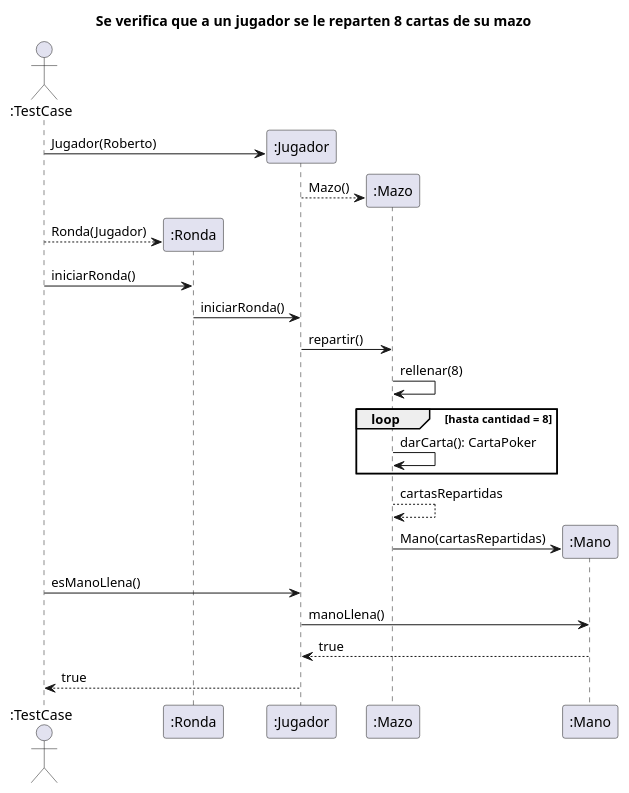
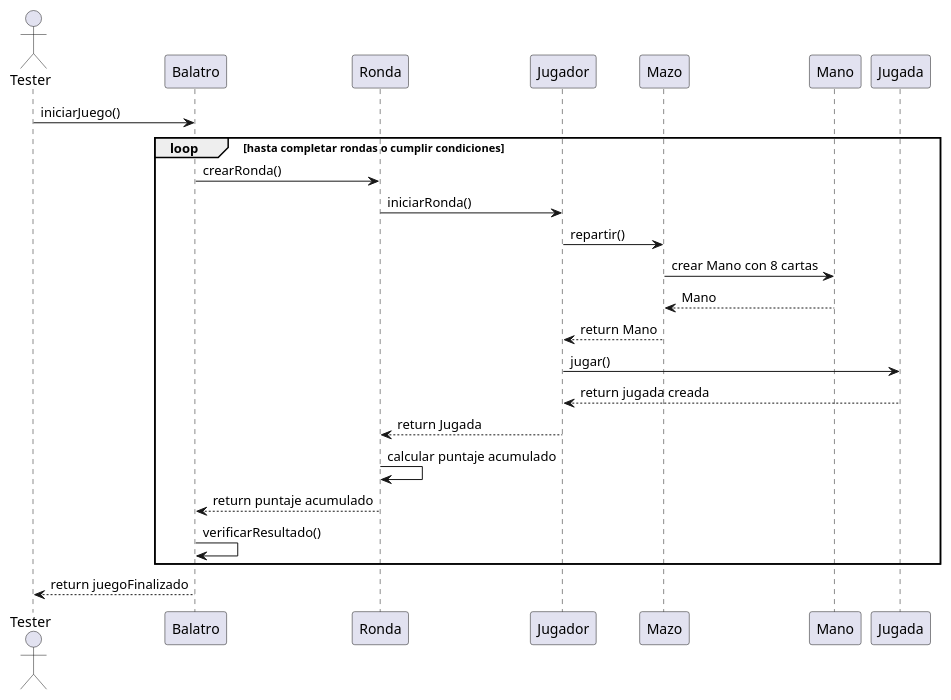
The diagram in diagrams/sequences/Entrega1/test03.puml (carruizdiaz1109/UBAlatro), drawn with PlantUML before and after one commit.

Commit message:
Diagrama de secuencia del test03

```diff
--- a/diagrams/sequences/Entrega1/test03.puml
+++ b/diagrams/sequences/Entrega1/test03.puml
@@ -1,30 +1,31 @@
 @startuml
 'https://plantuml.com/sequence-diagram
+actor Tester
 
-title Se verifica que a un jugador se le reparten 8 cartas de su mazo
+Tester -> Balatro : iniciarJuego()
 
-actor ":TestCase" as user
-participant ":Ronda" as ronda
-participant ":Jugador" as jugador
-participant ":Mazo" as mazo
-participant ":Mano" as mano
+loop hasta completar rondas o cumplir condiciones
+ Balatro -> Ronda : crearRonda()
 
-user -> jugador**: Jugador(Roberto)
-    jugador --> mazo **: Mazo()
+ Ronda -> Jugador : iniciarRonda()
 
-user --> ronda**: Ronda(Jugador)
+ Jugador -> Mazo : repartir()
 
-user -> ronda: iniciarRonda()
-    ronda -> jugador: iniciarRonda()
-        jugador -> mazo: repartir()
-            mazo -> mazo: rellenar(8)
-                loop hasta cantidad = 8
-                    mazo -> mazo: darCarta(): CartaPoker
-                end
-            mazo --> mazo: cartasRepartidas
-        mazo -> mano**: Mano(cartasRepartidas)
-user -> jugador: esManoLlena()
-    jugador -> mano: manoLlena()
-    mano --> jugador: true
-jugador --> user: true
+ Mazo -> Mano : crear Mano con 8 cartas
+ return Mano
+
+ Mazo --> Jugador : return Mano
+
+ Jugador -> Jugada : jugar()
+ Jugada --> Jugador : return jugada creada
+
+ Jugador --> Ronda : return Jugada
+
+ Ronda -> Ronda : calcular puntaje acumulado
+ Ronda --> Balatro : return puntaje acumulado
+
+ Balatro -> Balatro : verificarResultado()
+end
+
+Balatro --> Tester : return juegoFinalizado
 @enduml
```
